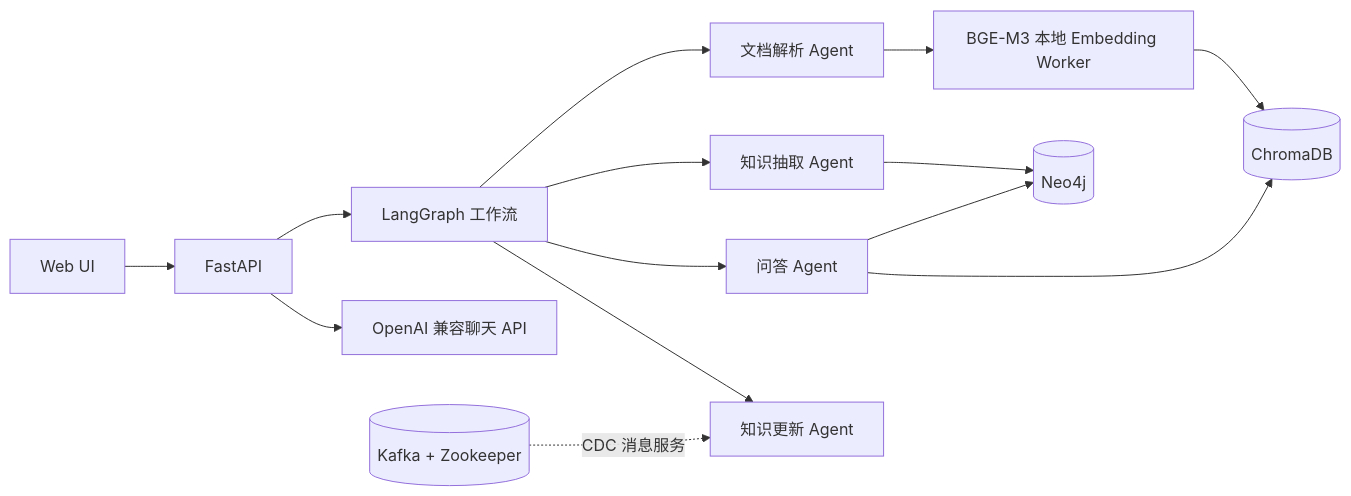
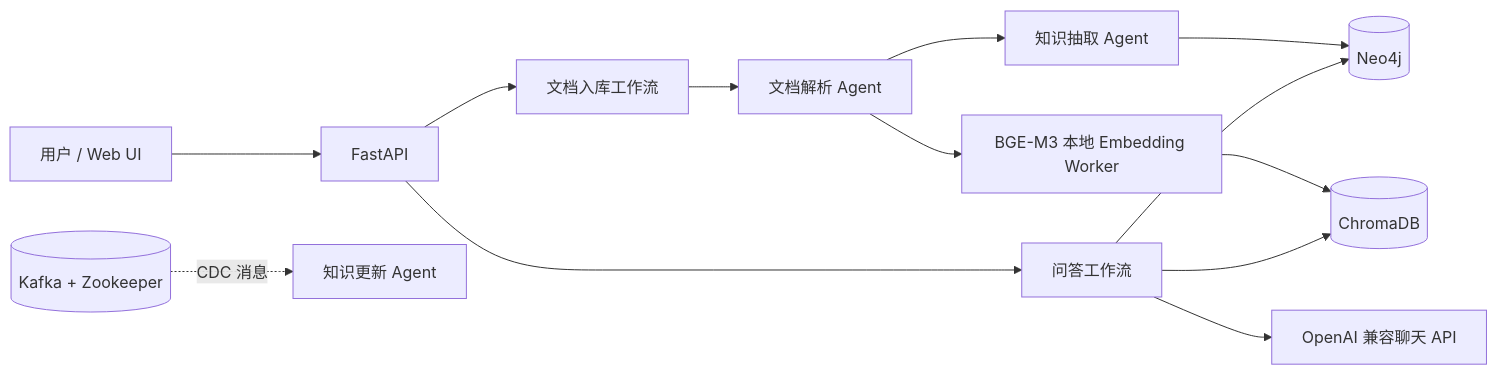
The diagram in README.md (Huangbingshuai/com_agent_chat), drawn with Mermaid before and after one commit. The commit also changed other lines of this file, not shown here.

````diff
--- a/README.md
+++ b/README.md
@@ -17,16 +15,15 @@
 ```mermaid
 flowchart LR
-    UI[Web UI] --> API[FastAPI]
-    API --> WF[LangGraph 工作流]
-    WF --> PARSER[文档解析 Agent]
-    WF --> EXTRACT[知识抽取 Agent]
-    WF --> QA[问答 Agent]
-    WF --> UPDATE[知识更新 Agent]
-    PARSER --> EMB[BGE-M3 本地 Embedding Worker]
-    EMB --> CHROMA[(ChromaDB)]
-    EXTRACT --> NEO[(Neo4j)]
-    QA --> CHROMA
-    QA --> NEO
-    API --> LLM[OpenAI 兼容聊天 API]
-    KAFKA[(Kafka + Zookeeper)] -. CDC 消息服务 .-> UPDATE
+    User[用户 / Web UI] --> API[FastAPI]
+    API --> Ingest[文档入库工作流]
+    Ingest --> Parse[文档解析 Agent]
+    Parse --> Extract[知识抽取 Agent]
+    Extract --> Neo[(Neo4j)]
+    Parse --> Embed[BGE-M3 本地 Embedding Worker]
+    Embed --> Chroma[(ChromaDB)]
+    API --> QA[问答工作流]
+    QA --> Chroma
+    QA --> Neo
+    QA --> LLM[OpenAI 兼容聊天 API]
+    Kafka[(Kafka + Zookeeper)] -. CDC 消息 .-> Update[知识更新 Agent]
 ```
````
